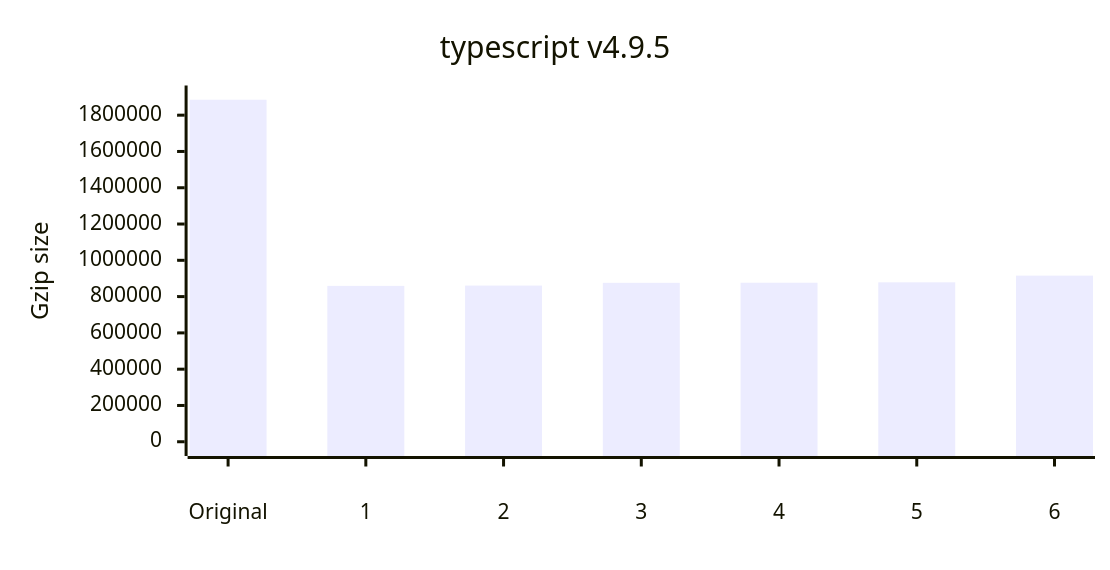
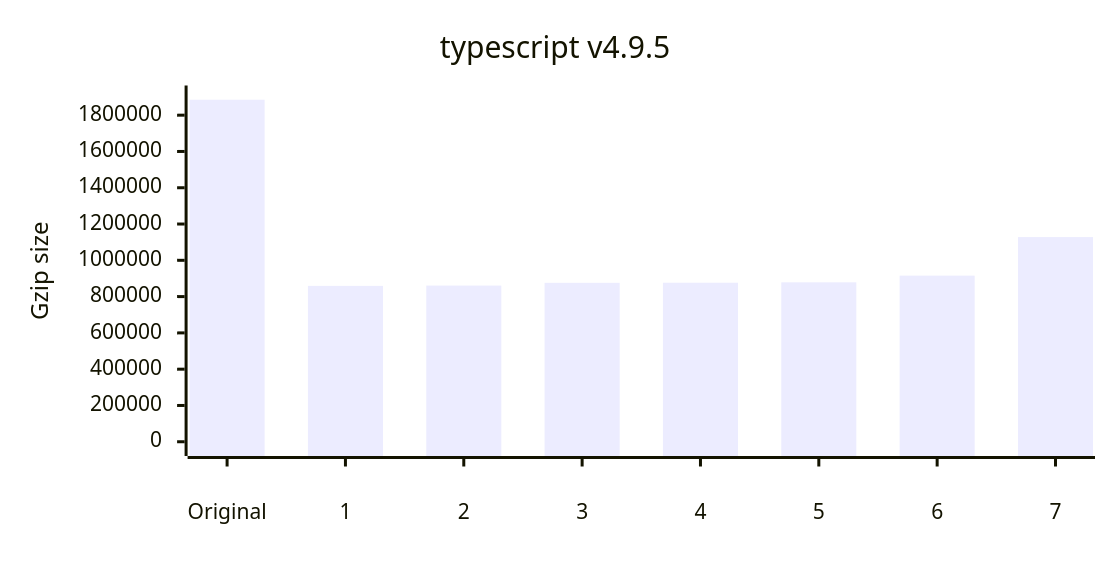
Diagram 12 of 12 in README.md (privatenumber/minification-benchmarks), drawn with Mermaid before and after one commit. The commit also changed other lines of this file and 1 other file, not shown here.

````diff
--- a/README.md
+++ b/README.md
@@ -517,17 +529,17 @@
 ```mermaid
 ---
 config:
     xyChart:
         width: 720
         height: 360
         xAxis:
             labelPadding: 20
         yAxis:
             labelPadding: 10
 ---
 xychart-beta
 	title "typescript v4.9.5"
-	x-axis ["Original",1,2,3,4,5,6]
+	x-axis ["Original",1,2,3,4,5,6,7]
 	y-axis "Gzip size" 0 --> 1884998
-	bar [1884998,859044,860693,875817,876535,878642,915551]
+	bar [1884998,859044,860693,875817,876535,878642,915551,1128072]
 ```
````
